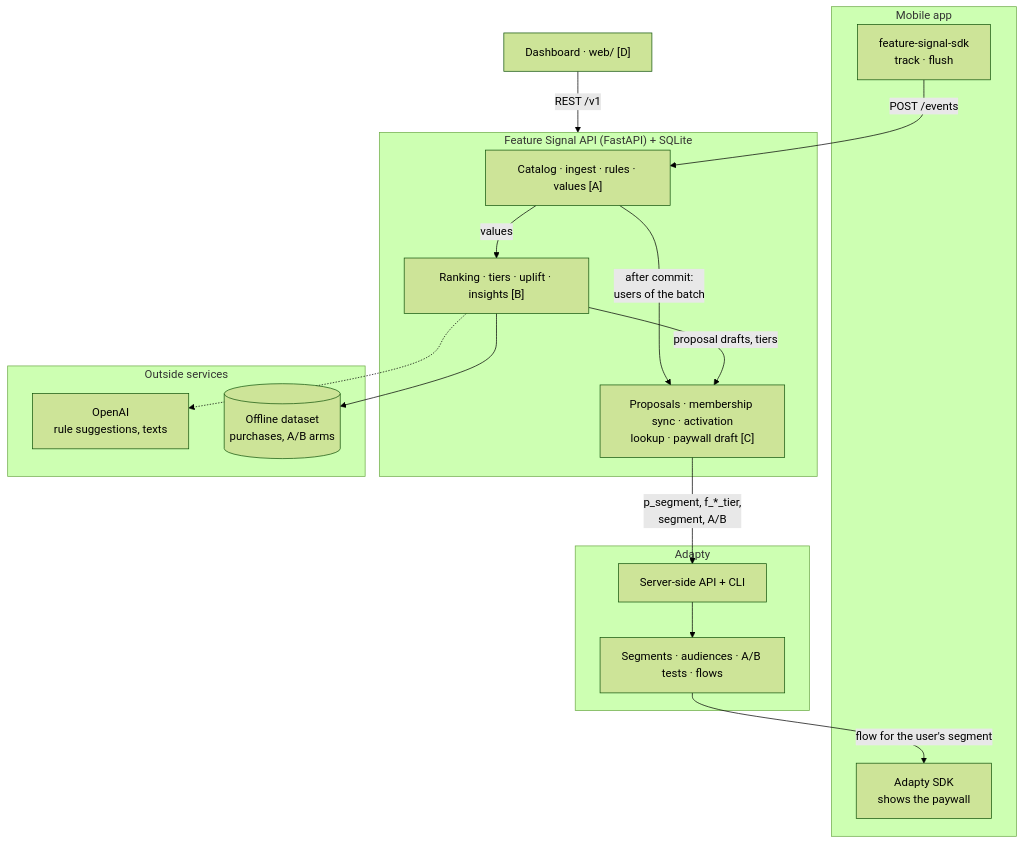
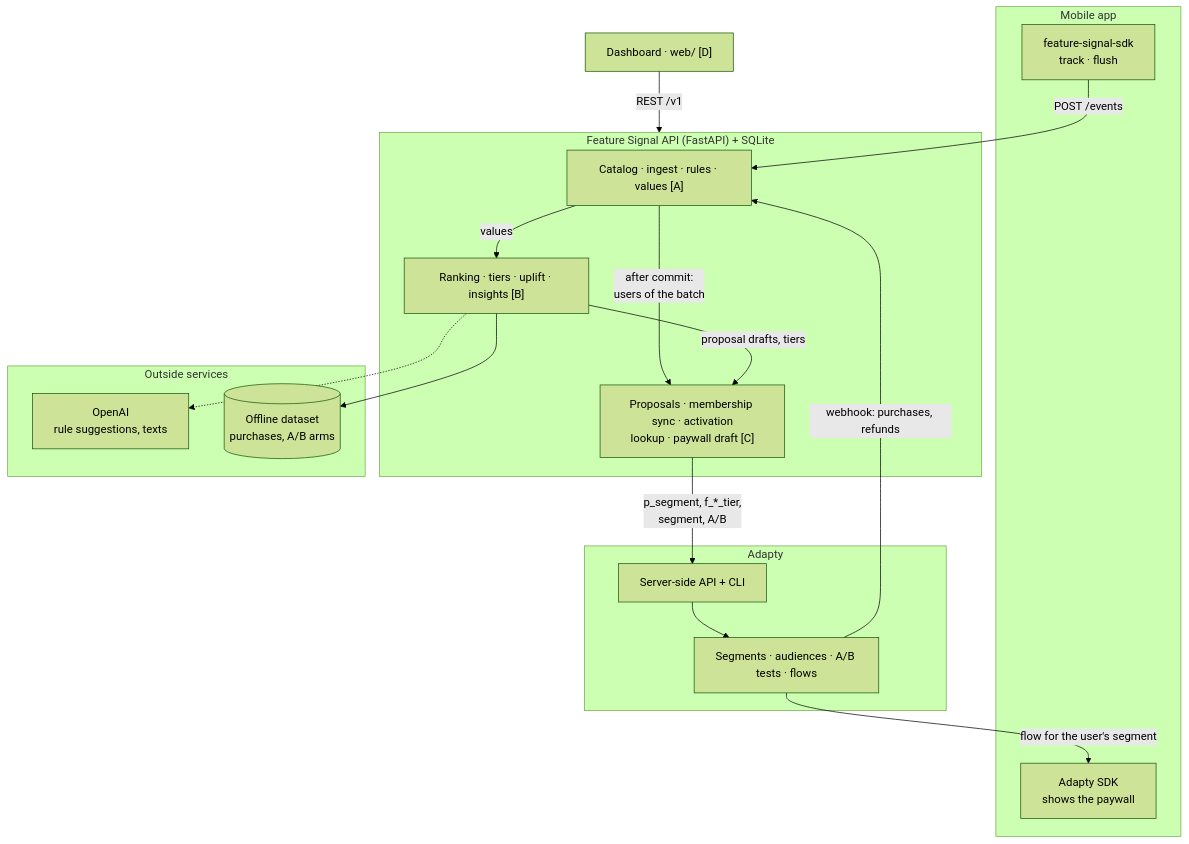
Before and after one commit to NikolaD01/adapty-hackaton: the first of 2 diagrams in docs/diagrams/system.md, drawn with Mermaid (forest theme). The commit also changed 16 other files, not shown here.

````diff
--- a/docs/diagrams/system.md
+++ b/docs/diagrams/system.md
@@ -6,35 +6,36 @@
 ```mermaid
 flowchart TB
     subgraph Client["Mobile app"]
         SDK["feature-signal-sdk<br/>track · flush"]
         ADSDK["Adapty SDK<br/>shows the paywall"]
     end
     DASH["Dashboard · web/ [D]"]
 
     subgraph FS["Feature Signal API (FastAPI) + SQLite"]
         ING["Catalog · ingest · rules · values [A]"]
         BRAIN["Ranking · tiers · uplift · insights [B]"]
         PROP["Proposals · membership sync · activation<br/>lookup · paywall draft [C]"]
         ING -- "after commit:<br/>users of the batch" --> PROP
         BRAIN -- "proposal drafts, tiers" --> PROP
         ING -- "values" --> BRAIN
     end
 
     subgraph EXT["Outside services"]
         LLM["OpenAI<br/>rule suggestions, texts"]
         OFF[("Offline dataset<br/>purchases, A/B arms")]
     end
 
     subgraph AD["Adapty"]
         ADAPI["Server-side API + CLI"]
         SEG["Segments · audiences · A/B tests · flows"]
         ADAPI --> SEG
     end
 
     SDK -- "POST /events" --> ING
     DASH -- "REST /v1" --> FS
     BRAIN -.-> LLM
     BRAIN --> OFF
     PROP -- "p_segment, f_*_tier,<br/>segment, A/B" --> ADAPI
     SEG -- "flow for the user's segment" --> ADSDK
+    SEG -- "webhook: purchases, refunds" --> ING
 ```
````
